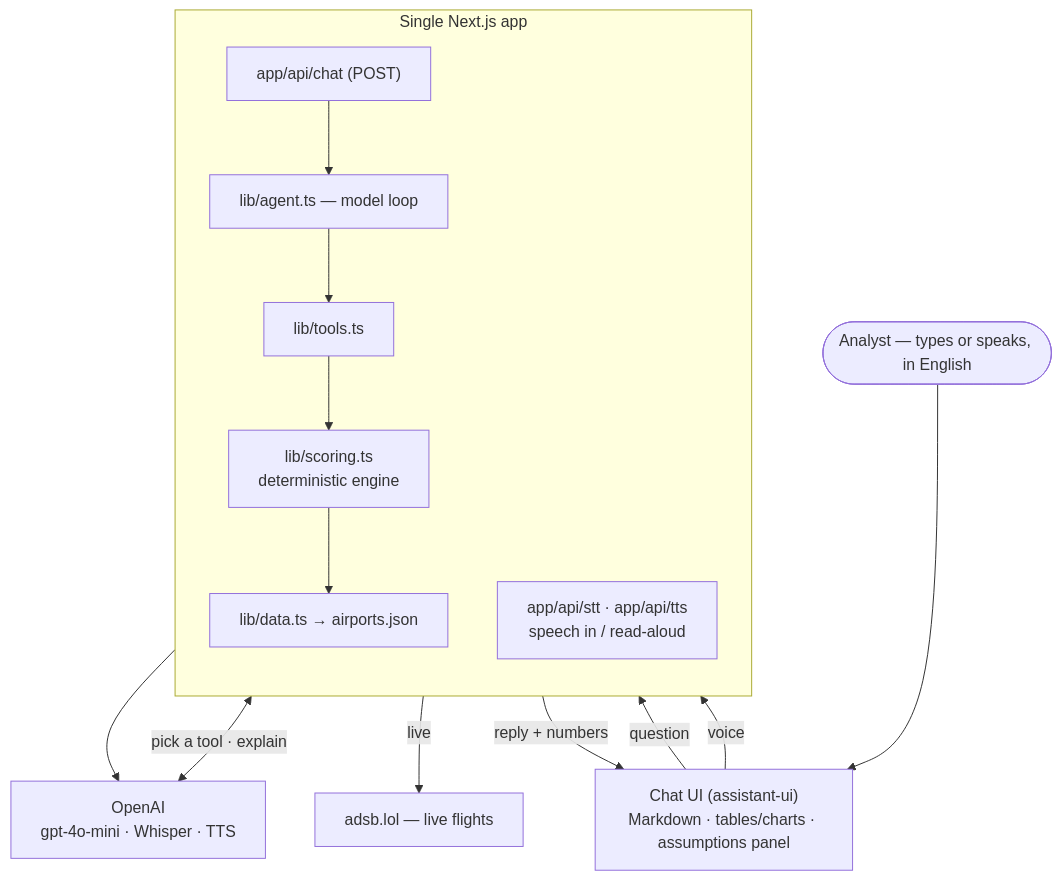
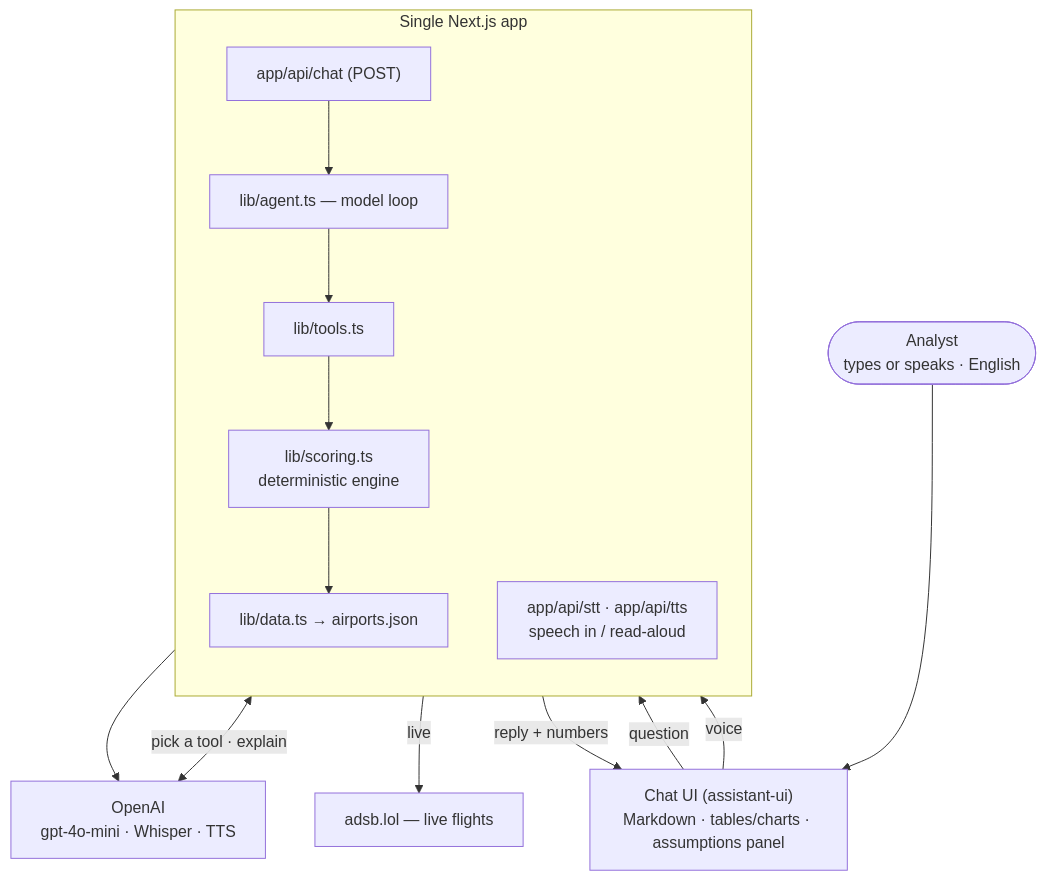
One commit to danieltesler/Airport-Demo changed the diagram in docs/DESIGN.md. Above: the diagram before and after it, drawn with Mermaid. The commit also changed 1 other file, not shown here.

Commit message:
Docs: wrap the diagram's first node label so it doesn't clip

````diff
--- a/docs/DESIGN.md
+++ b/docs/DESIGN.md
@@ -37,27 +37,27 @@
 ```mermaid
 flowchart TD
-    U(["Analyst — types or speaks, in English"])
+    U(["Analyst<br/>types or speaks · English"])
     UI["Chat UI (assistant-ui)<br/>Markdown · tables/charts · assumptions panel"]
 
     subgraph NEXT["Single Next.js app"]
         direction TB
         CHAT["app/api/chat (POST)"]
         VOICE["app/api/stt · app/api/tts<br/>speech in / read-aloud"]
         AGENT["lib/agent.ts — model loop"]
         TOOLS["lib/tools.ts"]
         ENGINE["lib/scoring.ts<br/>deterministic engine"]
         DATA["lib/data.ts → airports.json"]
     end
 
     OPENAI["OpenAI<br/>gpt-4o-mini · Whisper · TTS"]
     ADSB["adsb.lol — live flights"]
 
     U --> UI
     UI -->|question| CHAT --> AGENT
     UI -->|voice| VOICE --> OPENAI
     AGENT <-->|pick a tool · explain| OPENAI
     AGENT --> TOOLS
     TOOLS --> ENGINE --> DATA
     TOOLS -->|live| ADSB
     CHAT -->|reply + numbers| UI
 ```
````
